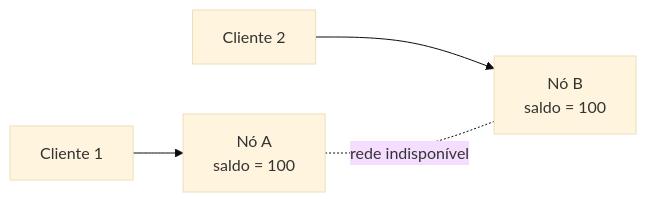
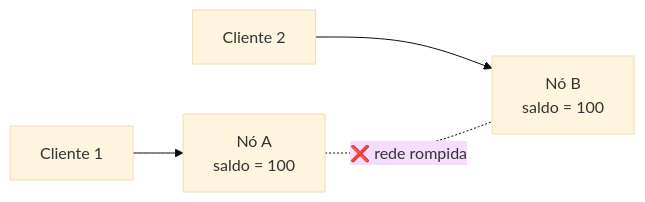
The diagram in content/cap06/04-teorema-cap.qmd (BragaD/UnDF-BancodeDados-202601), drawn with Mermaid (base theme) before and after one commit. The commit also changed other lines of this file and 13 other files, not shown here.

````diff
--- a/content/cap06/04-teorema-cap.qmd
+++ b/content/cap06/04-teorema-cap.qmd
@@ -27,6 +21,6 @@
 ```{mermaid}
 flowchart LR
     c1["Cliente 1"] --> a["Nó A<br/>saldo = 100"]
     c2["Cliente 2"] --> b["Nó B<br/>saldo = 100"]
-    a -. "rede indisponível" .- b
+    a -. "❌ rede rompida" .- b
 ```
````
